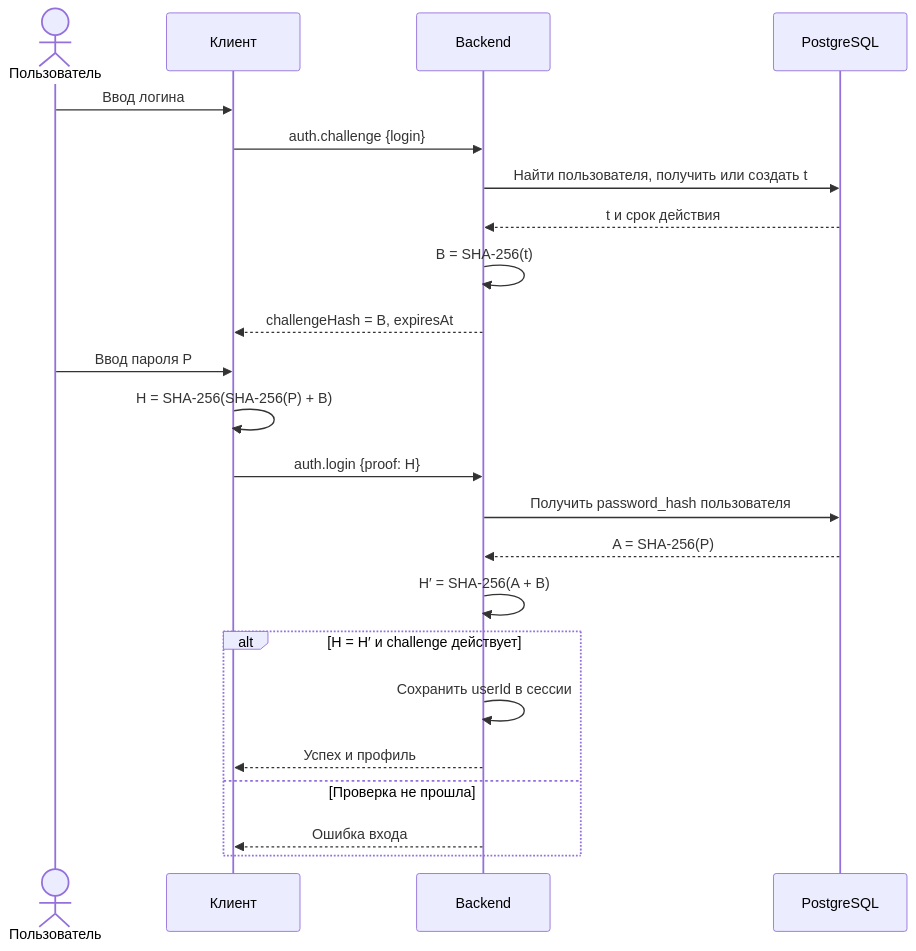
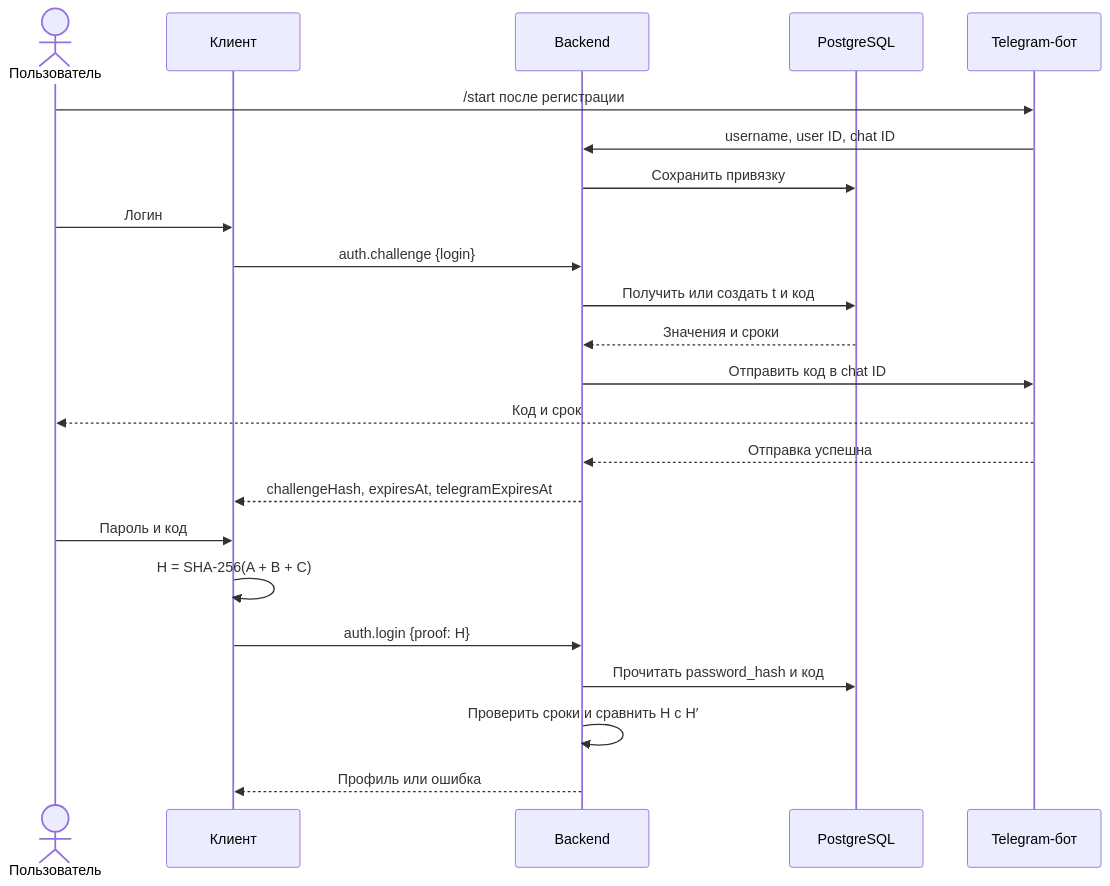
The diagram in AUTHENTICATION.md (Ka7im/information-security), drawn with Mermaid before and after one commit. The commit also changed other lines of this file and 21 other files, not shown here.

````diff
--- a/AUTHENTICATION.md
+++ b/AUTHENTICATION.md
@@ -197,25 +80,25 @@
 ```mermaid
 sequenceDiagram
     actor U as Пользователь
     participant C as Клиент
     participant S as Backend
     participant DB as PostgreSQL
-    U->>C: Ввод логина
+    participant TG as Telegram-бот
+    U->>TG: /start после регистрации
+    TG->>S: username, user ID, chat ID
+    S->>DB: Сохранить привязку
+    U->>C: Логин
     C->>S: auth.challenge {login}
-    S->>DB: Найти пользователя, получить или создать t
-    DB-->>S: t и срок действия
-    S->>S: B = SHA-256(t)
-    S-->>C: challengeHash = B, expiresAt
-    U->>C: Ввод пароля P
-    C->>C: H = SHA-256(SHA-256(P) + B)
+    S->>DB: Получить или создать t и код
+    DB-->>S: Значения и сроки
+    S->>TG: Отправить код в chat ID
+    TG-->>U: Код и срок
+    TG-->>S: Отправка успешна
+    S-->>C: challengeHash, expiresAt, telegramExpiresAt
+    U->>C: Пароль и код
+    C->>C: H = SHA-256(A + B + C)
     C->>S: auth.login {proof: H}
-    S->>DB: Получить password_hash пользователя
-    DB-->>S: A = SHA-256(P)
-    S->>S: H′ = SHA-256(A + B)
-    alt H = H′ и challenge действует
-        S->>S: Сохранить userId в сессии
-        S-->>C: Успех и профиль
-    else Проверка не прошла
-        S-->>C: Ошибка входа
-    end
+    S->>DB: Прочитать password_hash и код
+    S->>S: Проверить сроки и сравнить H с H′
+    S-->>C: Профиль или ошибка
 ```
````
